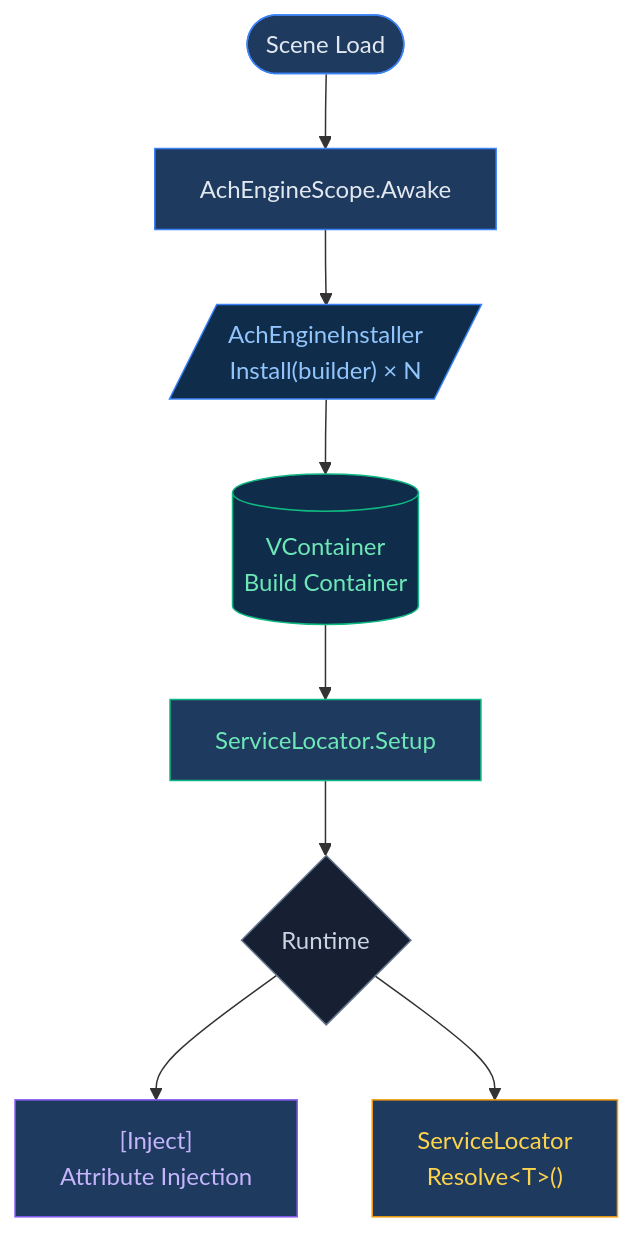
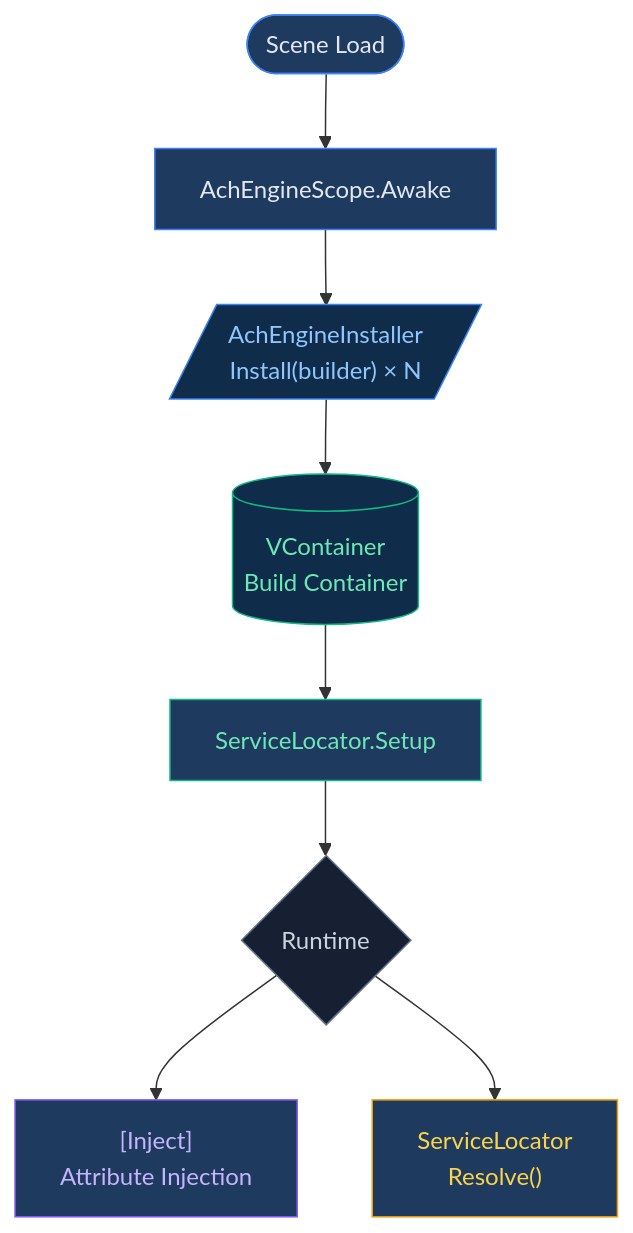
The diagram in Docs~/en/guide/di/index.md (achieveonepark/AchEngine), drawn with Mermaid before and after one commit. The commit also changed 20 other files, not shown here.

First line of the commit message:
fix: Mermaid syntax errors, JsonUtility→Newtonsoft, cross-links

````diff
--- a/Docs~/en/guide/di/index.md
+++ b/Docs~/en/guide/di/index.md
@@ -22,19 +22,19 @@
 ```mermaid
 flowchart TD
 A([Scene Load]) --> B[AchEngineScope.Awake]
-B --> C[/"AchEngineInstaller\nInstall(builder) × N"/]
-C --> D[(VContainer\nBuild Container)]
+B --> C[/"AchEngineInstaller<br/>Install(builder) × N"/]
+C --> D[(VContainer<br/>Build Container)]
 D --> E[ServiceLocator.Setup]
 E --> F{Runtime}
-F --> G["[Inject]\nAttribute Injection"]
-F --> H["ServiceLocator\nResolve&lt;T&gt;()"]
+F --> G["[Inject]<br/>Attribute Injection"]
+F --> H["ServiceLocator<br/>Resolve<T>()"]
 
 style A fill:#1e3a5f,stroke:#3b82f6,color:#e2e8f0
 style B fill:#1e3a5f,stroke:#3b82f6,color:#e2e8f0
 style C fill:#0f2d4a,stroke:#3b82f6,color:#93c5fd
 style D fill:#0f2d4a,stroke:#10b981,color:#6ee7b7
 style E fill:#1e3a5f,stroke:#10b981,color:#6ee7b7
 style F fill:#162032,stroke:#64748b,color:#cbd5e1
 style G fill:#1e3a5f,stroke:#8b5cf6,color:#c4b5fd
 style H fill:#1e3a5f,stroke:#f59e0b,color:#fcd34d
 ```
````
